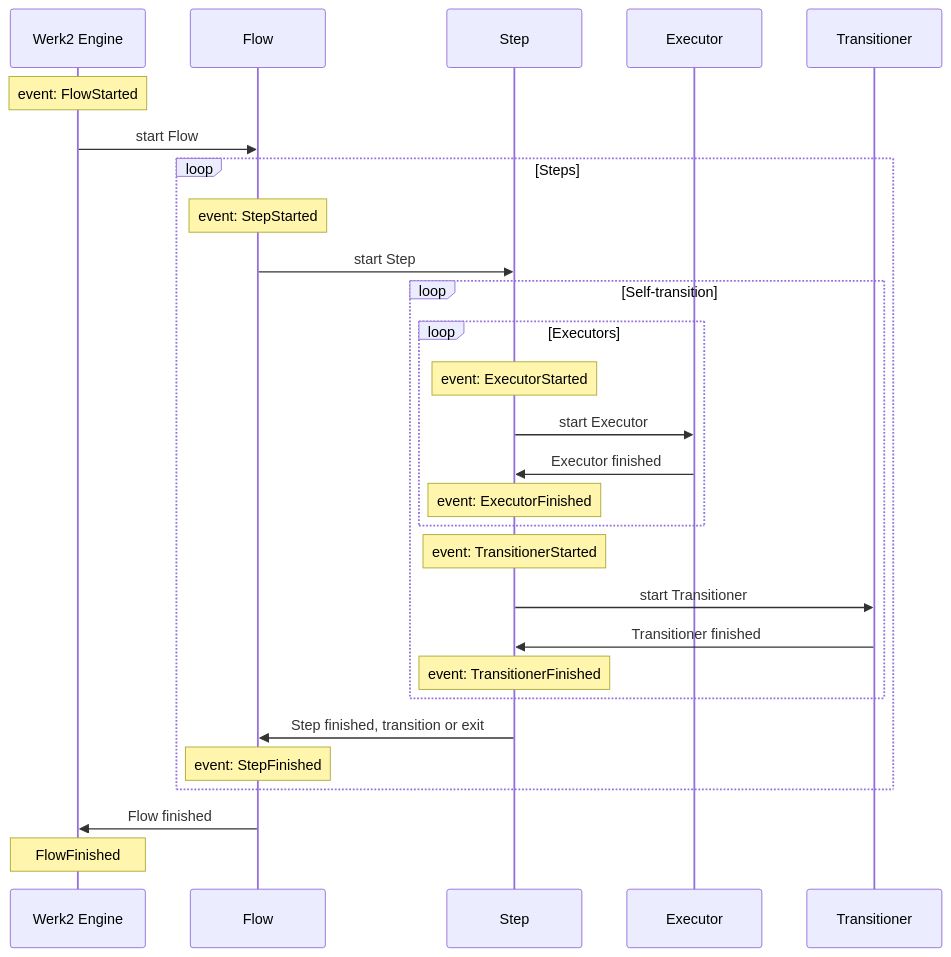
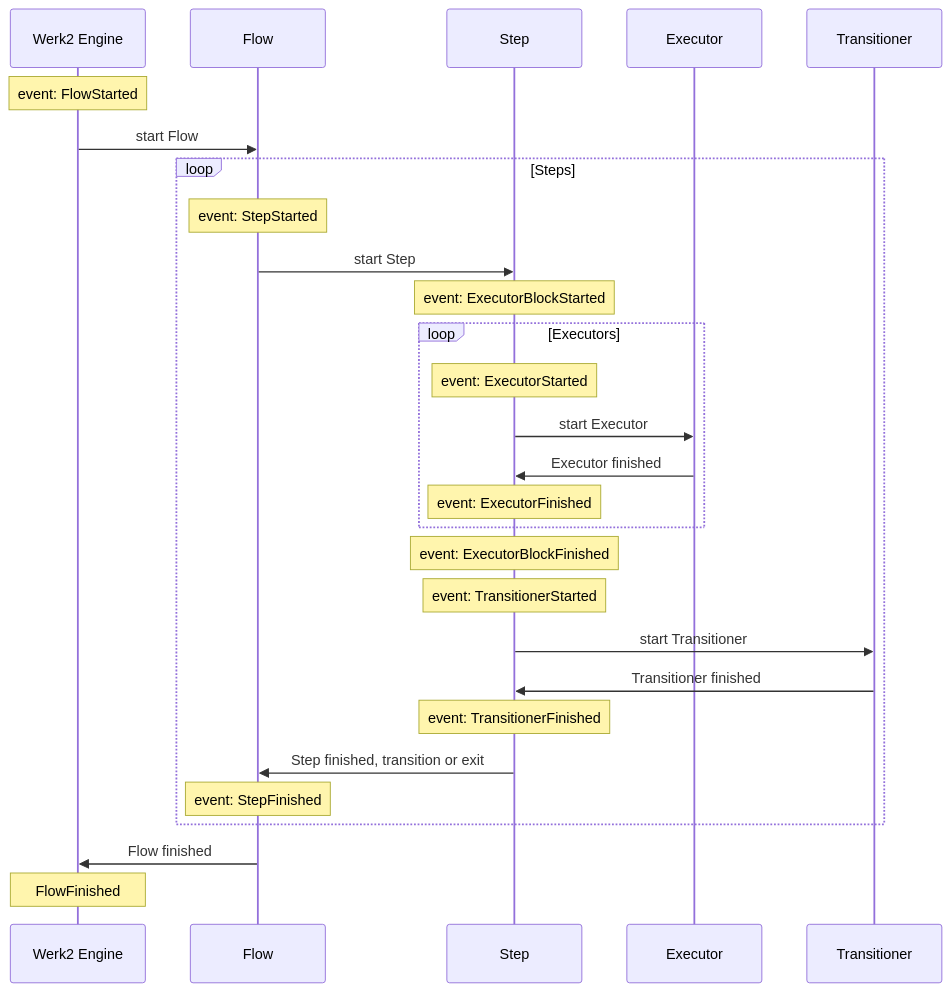
The first of 3 diagrams in Docs/FirstDoc.md (codekrolik2/Werk2), drawn with Mermaid before and after one commit. The commit also changed other lines of this file and 2 other files, not shown here.

Commit message:
Docs updated, configuration schema introduced

````diff
--- a/Docs/FirstDoc.md
+++ b/Docs/FirstDoc.md
@@ -7,25 +7,25 @@
 ```mermaid
 sequenceDiagram
     Note over Werk2 Engine: event: FlowStarted
     Werk2 Engine->>Flow: start Flow 
     loop Steps
 	Note over Flow: event: StepStarted
 	Flow->>Step: start Step
-	loop Self-transition
+		Note over Step: event: ExecutorBlockStarted
 		loop Executors
 			Note over Step: event: ExecutorStarted
 			Step->>Executor: start Executor
 			Executor->>Step: Executor finished
 			Note over Step: event: ExecutorFinished
 		end
+		Note over Step: event: ExecutorBlockFinished
 		Note over Step: event: TransitionerStarted
 		Step->>Transitioner: start Transitioner
 		Transitioner->>Step: Transitioner finished
 		Note over Step: event: TransitionerFinished
-	end
 	Step->>Flow: Step finished, transition or exit
 	Note over Flow: event: StepFinished
     end
     Flow->>Werk2 Engine: Flow finished
     Note over Werk2 Engine: FlowFinished
 ```
````
